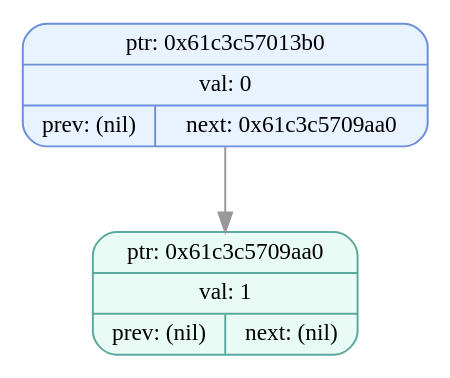
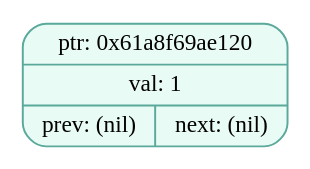
Before and after one commit to EvilTomato9890/Difference: the diagram in dumps/tree_dump_004.dot, drawn with Graphviz. The commit also changed 37 other files, not shown here.

```diff
--- a/dumps/tree_dump_004.dot
+++ b/dumps/tree_dump_004.dot
@@ -1,7 +1,5 @@
 digraph T{
   node [fontname="Fira Mono",shape=record,style="filled,rounded",fontsize=12];
   graph [splines=true, nodesep=0.6, ranksep=0.6];
-  node_0x61c3c57013b0[shape=record,label="{ {ptr: 0x61c3c57013b0} | {val: 0} | { prev: (nil) | next: 0x61c3c5709aa0 } }",color="#6b8fd6",fillcolor="#e9f2ff"];
-  node_0x61c3c5709aa0[shape=record,label="{ {ptr: 0x61c3c5709aa0} | {val: 1} | { prev: (nil) | next: (nil) } }",color="#5aa99b",fillcolor="#e9fbf5"];
-  node_0x61c3c57013b0 -> node_0x61c3c5709aa0 [color="#999999"];
+  node_0x61a8f69ae120[shape=record,label="{ {ptr: 0x61a8f69ae120} | {val: 1} | { prev: (nil) | next: (nil) } }",color="#5aa99b",fillcolor="#e9fbf5"];
 }
```
